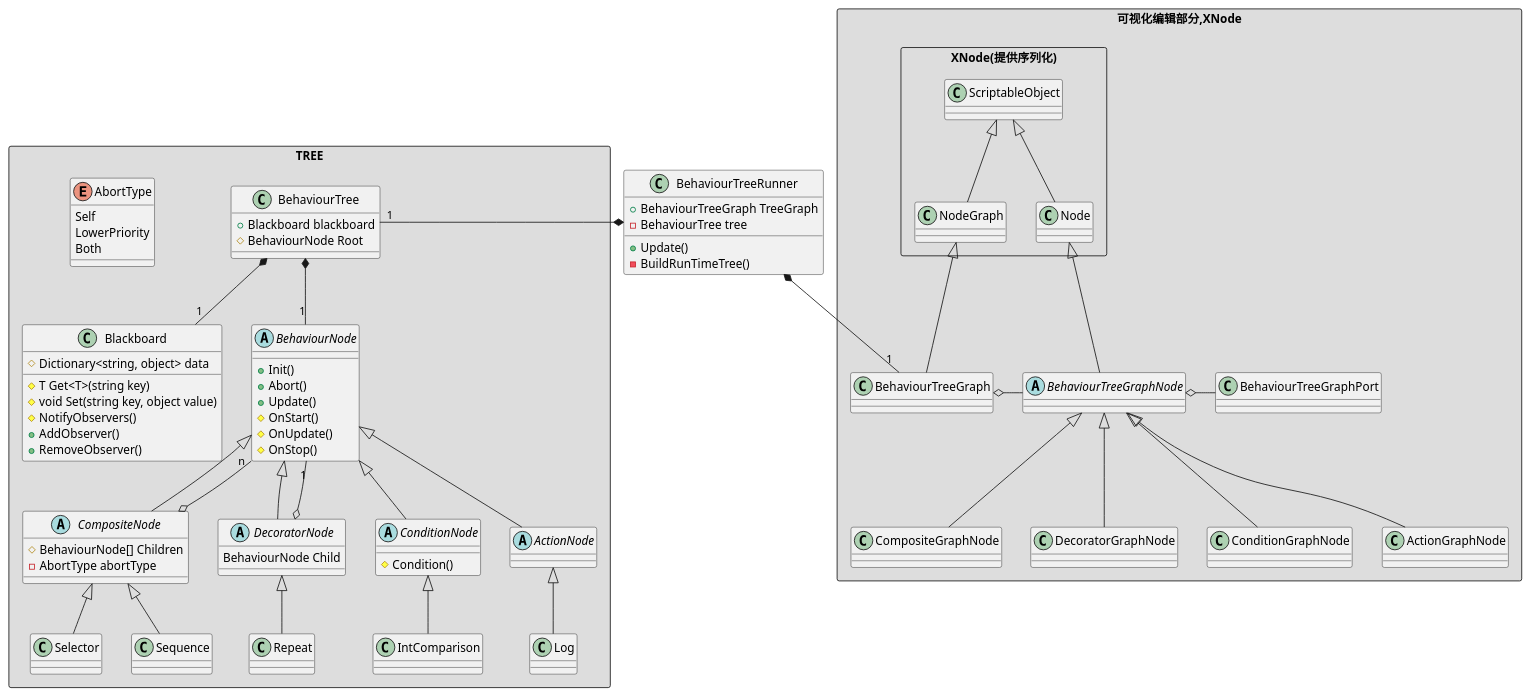
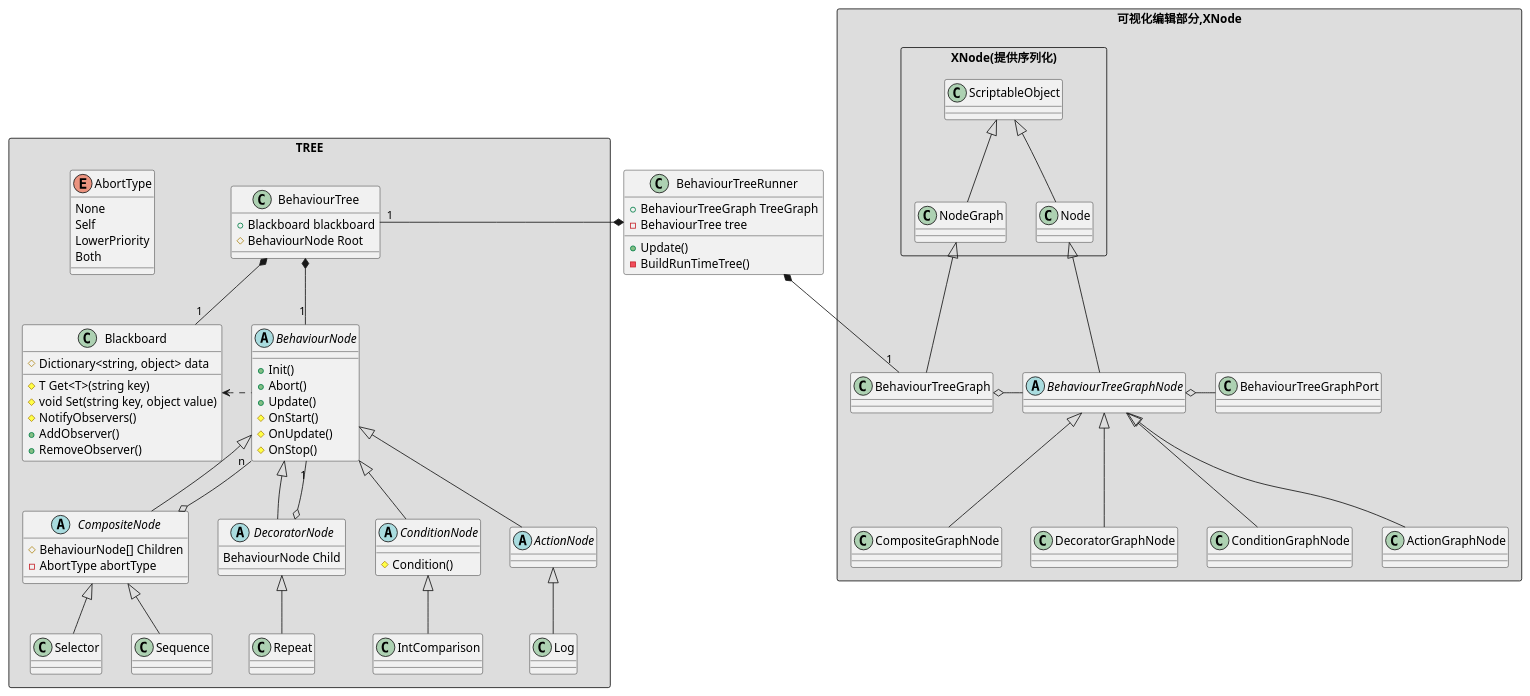
One commit to ANA-kh/BehaviorTreeWithXNode changed the diagram in Assets/BehaviourTree/BeHaviourTreeWithXnode.puml. Above: the diagram before and after it, drawn with PlantUML. The commit also changed 2 other files, not shown here.

```diff
--- a/Assets/BehaviourTree/BeHaviourTreeWithXnode.puml
+++ b/Assets/BehaviourTree/BeHaviourTreeWithXnode.puml
@@ -1,109 +1,111 @@
 @startuml
 'https://plantuml.com/class-diagram
 package "TREE" <<Rectangle>> #DDDDDD
 {
 class BehaviourTree
 {
     +Blackboard blackboard
     #BehaviourNode Root
 }
 class Blackboard
 {
     #Dictionary<string, object> data
     #T Get<T>(string key)
     #void Set(string key, object value)
     #NotifyObservers()
     +AddObserver()
     +RemoveObserver()
 }
 abstract class BehaviourNode
 {
     +Init()
     +Abort()
     +Update()
     #OnStart()
     #OnUpdate()
     #OnStop()
 }
 enum AbortType
 {
+    None
     Self
     LowerPriority
     Both
 }
 abstract class CompositeNode
 {
     #BehaviourNode[] Children
     -AbortType abortType
 }
 abstract class DecoratorNode
 {
     BehaviourNode Child
 }
 abstract class ConditionNode
 {
     #Condition()
 }
 abstract class ActionNode
 class Selector
 class Sequence
 class Repeat
 class Log
 class IntComparison
 
 BehaviourNode <|-- CompositeNode
 BehaviourNode <|-- DecoratorNode
 BehaviourNode <|-- ConditionNode
 BehaviourNode <|-- ActionNode
 CompositeNode <|-- Selector
 CompositeNode <|-- Sequence
 DecoratorNode <|-- Repeat
 ConditionNode <|-- IntComparison
 ActionNode <|-- Log
 
 BehaviourTree *--"1" Blackboard
 BehaviourTree *--"1" BehaviourNode
 CompositeNode o--"n" BehaviourNode
 DecoratorNode o--"1" BehaviourNode
+Blackboard <.right. BehaviourNode
 }
 
 class BehaviourTreeRunner
 {
     +BehaviourTreeGraph TreeGraph
     -BehaviourTree tree
     +Update()
     -BuildRunTimeTree()
 }
 
 package "可视化编辑部分,XNode" <<Rectangle>> #DDDDDD
 {
 class BehaviourTreeGraph
 abstract class BehaviourTreeGraphNode
 class CompositeGraphNode
 class DecoratorGraphNode
 class ConditionGraphNode
 class ActionGraphNode
 class BehaviourTreeGraphPort
 package XNode(提供序列化) <<Rectangle>> #DDDDDD
 {
 class Node
 class NodeGraph
 class ScriptableObject
 }
 
 BehaviourTreeRunner *--"1" BehaviourTreeGraph
 BehaviourTreeRunner *-left-"1" BehaviourTree
 
 BehaviourTreeGraph o-right- BehaviourTreeGraphNode
 BehaviourTreeGraphNode <|-- CompositeGraphNode
 BehaviourTreeGraphNode <|-- DecoratorGraphNode
 BehaviourTreeGraphNode <|-- ConditionGraphNode
 BehaviourTreeGraphNode <|-- ActionGraphNode
 ScriptableObject <|-- Node
 ScriptableObject <|-- NodeGraph
 Node <|-- BehaviourTreeGraphNode
 NodeGraph <|-- BehaviourTreeGraph
 BehaviourTreeGraphNode o-right- BehaviourTreeGraphPort
 }
 
 @enduml
```
